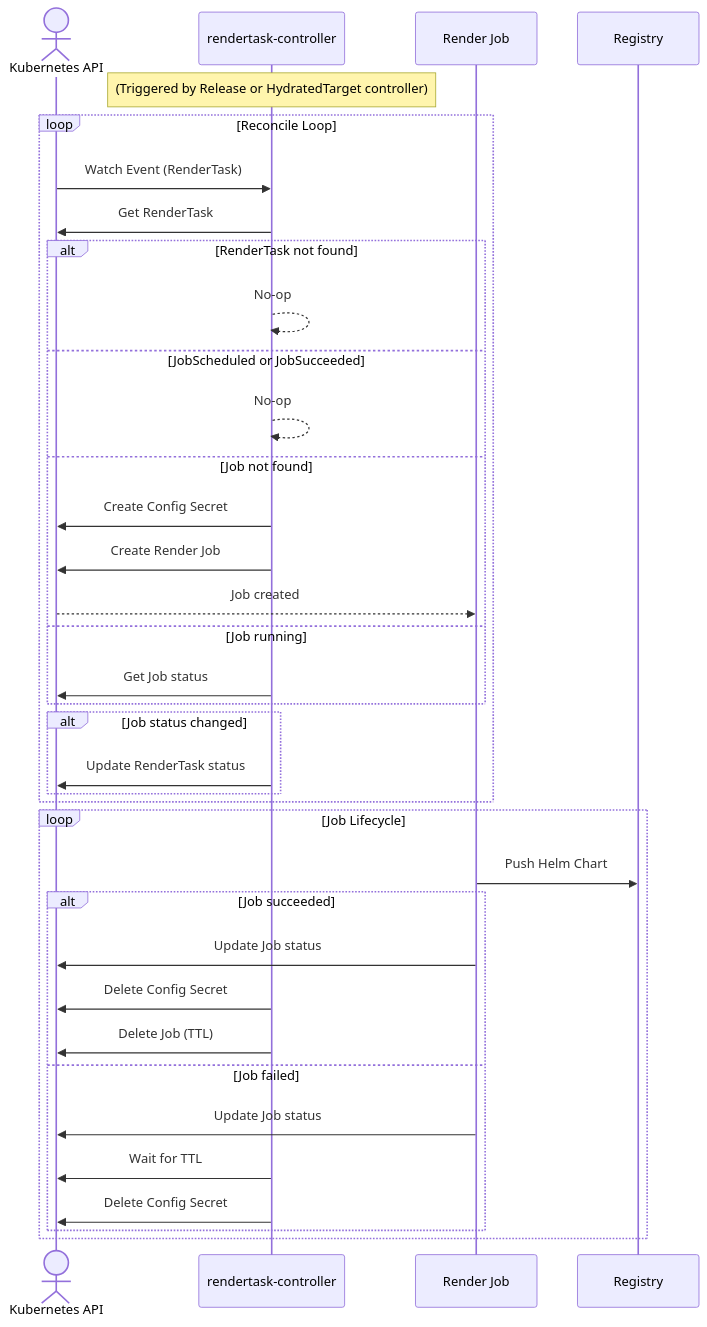
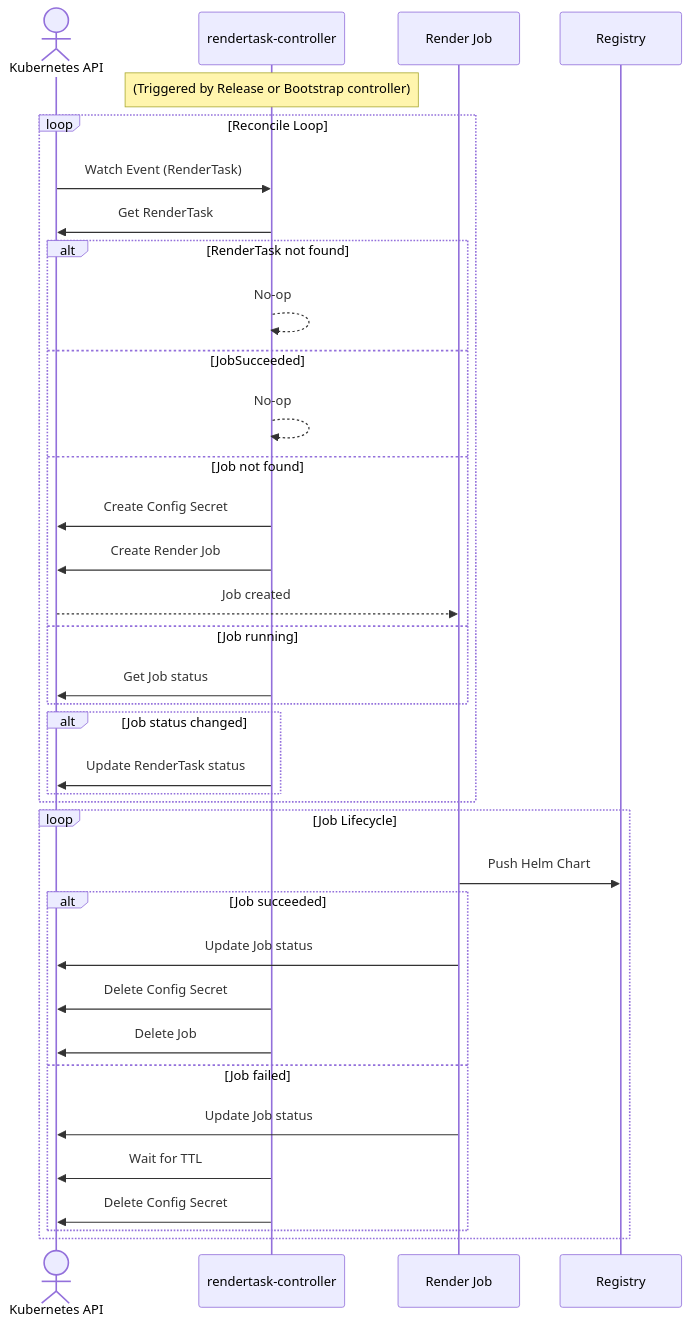
One commit to opendefensecloud/solution-arsenal changed the second of 4 diagrams in docs/developer-guide/rendertask_controller.md. Above: the diagram before and after it, drawn with Mermaid. The commit also changed other lines of this file and 6 other files, not shown here.

Commit message:
docs: rename HydratedTarget to Bootstrap in controller docs and fix inaccuracies

````diff
--- a/docs/developer-guide/rendertask_controller.md
+++ b/docs/developer-guide/rendertask_controller.md
@@ -43,41 +39,41 @@
 ```mermaid
 sequenceDiagram
     actor K as Kubernetes API
     participant C as rendertask-controller
     participant J as Render Job
     participant R as Registry
 
-    Note over C: (Triggered by Release or HydratedTarget controller)
+    Note over C: (Triggered by Release or Bootstrap controller)
 
     loop Reconcile Loop
         K->>C: Watch Event (RenderTask)
         C->>K: Get RenderTask
         alt RenderTask not found
             C-->>C: No-op
-        else JobScheduled or JobSucceeded
+        else JobSucceeded
             C-->>C: No-op
         else Job not found
             C->>K: Create Config Secret
             C->>K: Create Render Job
             K-->>J: Job created
         else Job running
             C->>K: Get Job status
         end
         alt Job status changed
             C->>K: Update RenderTask status
         end
     end
 
     loop Job Lifecycle
         J->>R: Push Helm Chart
         alt Job succeeded
             J->>K: Update Job status
             C->>K: Delete Config Secret
-            C->>K: Delete Job (TTL)
+            C->>K: Delete Job
         else Job failed
             J->>K: Update Job status
             C->>K: Wait for TTL
             C->>K: Delete Config Secret
         end
     end
 ```
````
